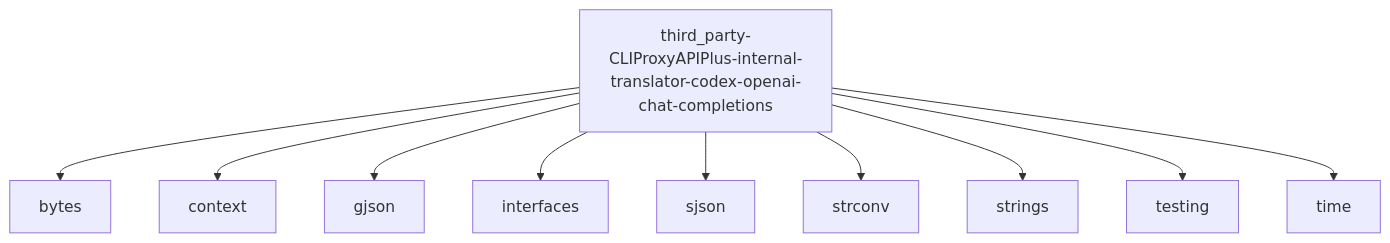
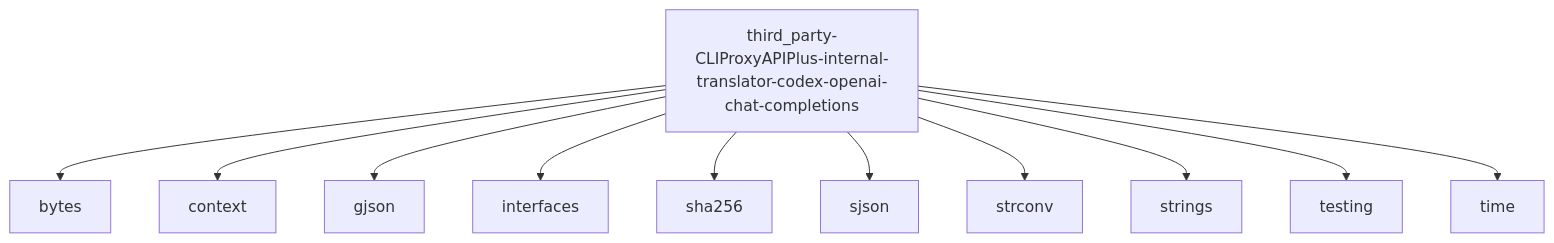
Before and after one commit to 0xTract0r/quotio: the diagram in .agentlens/modules/third_party-CLIProxyAPIPlus-internal-translator-codex-openai-chat-completions/imports.md, drawn with Mermaid. The commit also changed other lines of this file and 126 other files, not shown here.

````diff
--- a/.agentlens/modules/third_party-CLIProxyAPIPlus-internal-translator-codex-openai-chat-completions/imports.md
+++ b/.agentlens/modules/third_party-CLIProxyAPIPlus-internal-translator-codex-openai-chat-completions/imports.md
@@ -7,12 +7,13 @@
 ```mermaid
 graph TD
     third_party_CLIProxyAPIPlus_internal_translator_codex_openai_chat_completions[third_party-CLIProxyAPIPlus-internal-translator-codex-openai-chat-completions] --> bytes[bytes]
     third_party_CLIProxyAPIPlus_internal_translator_codex_openai_chat_completions[third_party-CLIProxyAPIPlus-internal-translator-codex-openai-chat-completions] --> context[context]
     third_party_CLIProxyAPIPlus_internal_translator_codex_openai_chat_completions[third_party-CLIProxyAPIPlus-internal-translator-codex-openai-chat-completions] --> gjson[gjson]
     third_party_CLIProxyAPIPlus_internal_translator_codex_openai_chat_completions[third_party-CLIProxyAPIPlus-internal-translator-codex-openai-chat-completions] --> interfaces[interfaces]
+    third_party_CLIProxyAPIPlus_internal_translator_codex_openai_chat_completions[third_party-CLIProxyAPIPlus-internal-translator-codex-openai-chat-completions] --> sha256[sha256]
     third_party_CLIProxyAPIPlus_internal_translator_codex_openai_chat_completions[third_party-CLIProxyAPIPlus-internal-translator-codex-openai-chat-completions] --> sjson[sjson]
     third_party_CLIProxyAPIPlus_internal_translator_codex_openai_chat_completions[third_party-CLIProxyAPIPlus-internal-translator-codex-openai-chat-completions] --> strconv[strconv]
     third_party_CLIProxyAPIPlus_internal_translator_codex_openai_chat_completions[third_party-CLIProxyAPIPlus-internal-translator-codex-openai-chat-completions] --> strings[strings]
     third_party_CLIProxyAPIPlus_internal_translator_codex_openai_chat_completions[third_party-CLIProxyAPIPlus-internal-translator-codex-openai-chat-completions] --> testing[testing]
     third_party_CLIProxyAPIPlus_internal_translator_codex_openai_chat_completions[third_party-CLIProxyAPIPlus-internal-translator-codex-openai-chat-completions] --> time[time]
 ```
````
